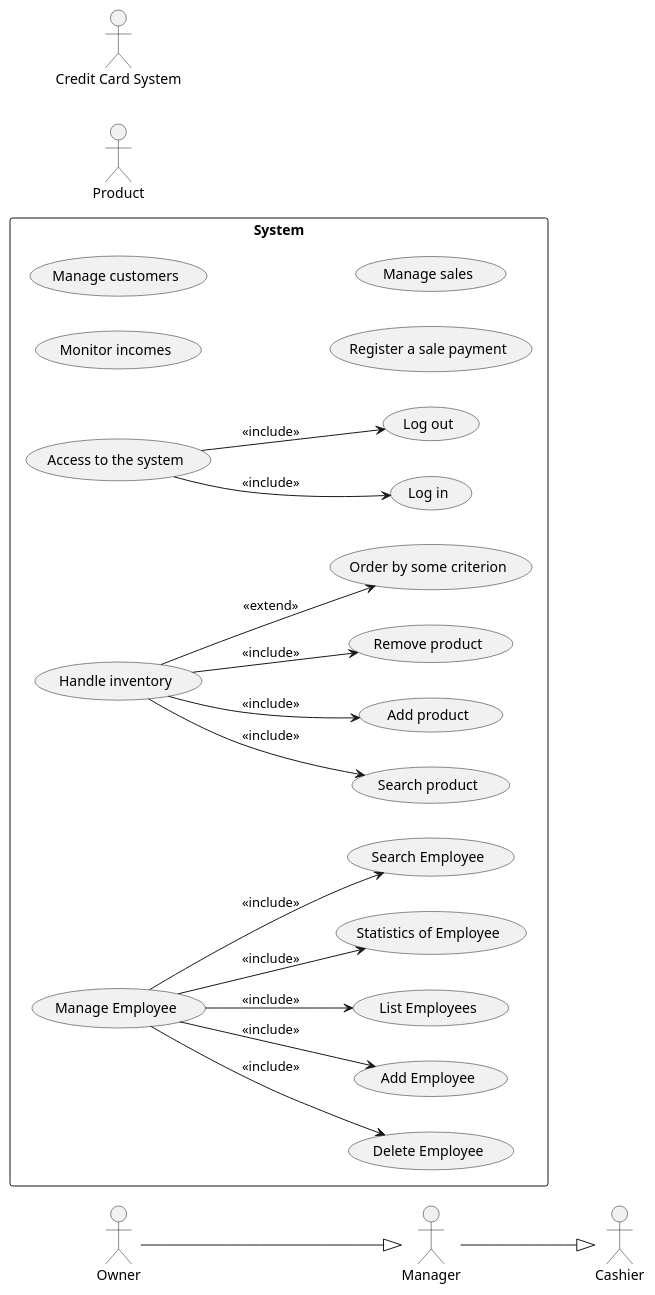
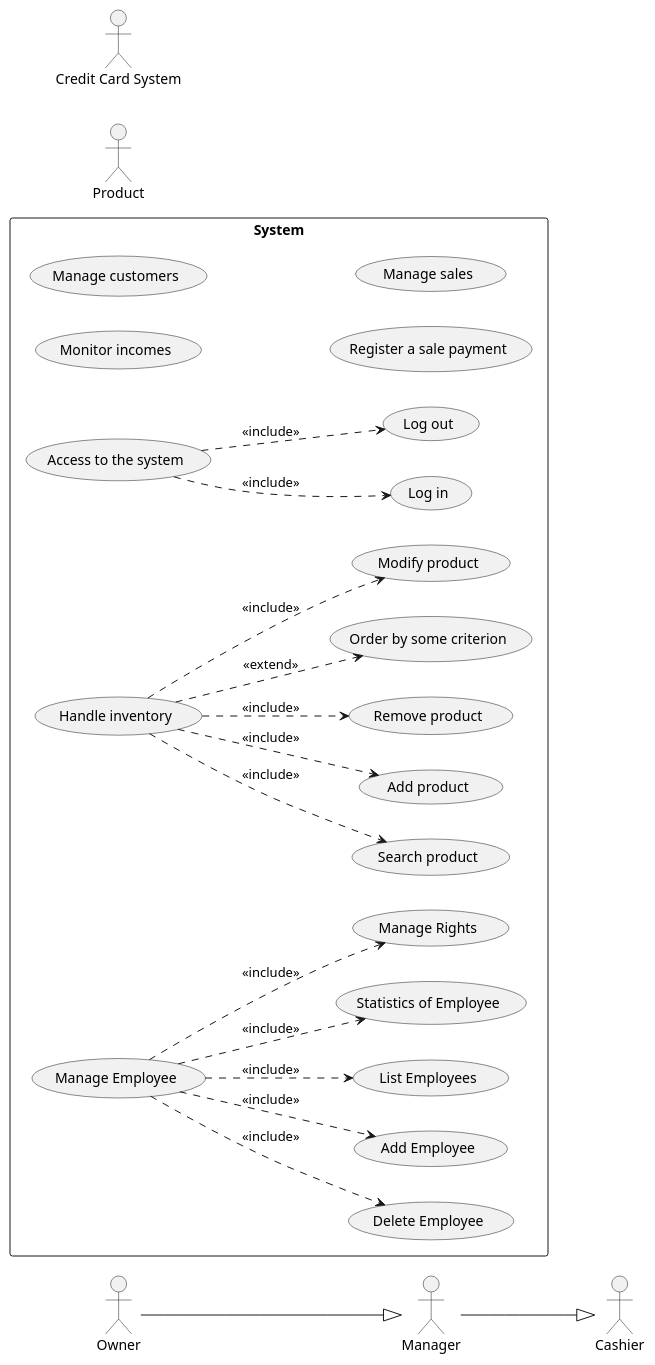
The second of 5 diagrams in Deliverables/RequirementsDocument.md (MatteoBattilana/EzShop), drawn with PlantUML before and after one commit. The commit also changed other lines of this file, not shown here.

````diff
--- a/Deliverables/RequirementsDocument.md
+++ b/Deliverables/RequirementsDocument.md
@@ -251,48 +251,51 @@
 ```plantuml
 @startuml
 rectangle System {
 	left to right direction
 	usecase "Manage Employee" as UC2
 	usecase "Delete Employee" as UC2.1
 	usecase "Add Employee" as UC2.2
 	usecase "List Employees" as UC2.3
 	usecase "Statistics of Employee" as UC2.4
 	usecase "Search Employee" as UC2.5
-	UC2.1 <-up- UC2: <<include>>
-	UC2.2 <-up- UC2: <<include>>
-	UC2.3 <-up- UC2: <<include>>
-	UC2.4 <-up- UC2: <<include>>
-	UC2.5 <-up- UC2: <<include>>
+	usecase "Manage Rights" as UC2.5
+	UC2.1 <.up. UC2: <<include>>
+	UC2.2 <.up. UC2: <<include>>
+	UC2.3 <.up. UC2: <<include>>
+	UC2.4 <.up. UC2: <<include>>
+	UC2.5 <.up. UC2: <<include>>
 
 	usecase "Handle inventory" as UC3
 	usecase "Search product" as UC3.1
   usecase "Add product" as UC3.2
   usecase "Remove product" as UC3.3
   usecase "Order by some criterion" as UC3.4
-	UC3.4 <-up- UC3: <<extend>>
-	UC3.3 <-up- UC3: <<include>>
-	UC3.2 <-up- UC3: <<include>>
-	UC3.1 <-up- UC3: <<include>>
+  usecase "Modify product" as UC3.5
+	UC3.4 <.up. UC3: <<extend>>
+	UC3.3 <.up. UC3: <<include>>
+	UC3.2 <.up. UC3: <<include>>
+	UC3.1 <.up. UC3: <<include>>
+	UC3.5 <.up. UC3: <<include>>
 
 	usecase "Access to the system" as UC4
 	usecase "Log in" as UC4.1
   usecase "Log out" as UC4.2
-	UC4.1 <-up- UC4: <<include>>
-	UC4.2 <-up- UC4: <<include>>
+	UC4.1 <.up. UC4: <<include>>
+	UC4.2 <.up. UC4: <<include>>
 
 	usecase "Monitor incomes" as UC5
 
 	usecase "Manage customers" as UC6
 
 	usecase "Register a sale payment" as UC7
 
 	usecase "Manage sales" as UC8
 
 }
 actor Product
 actor :Credit Card System:
 Cashier <|-up- Manager
 Manager <|-up- Owner
 
 @enduml
 ```
````
